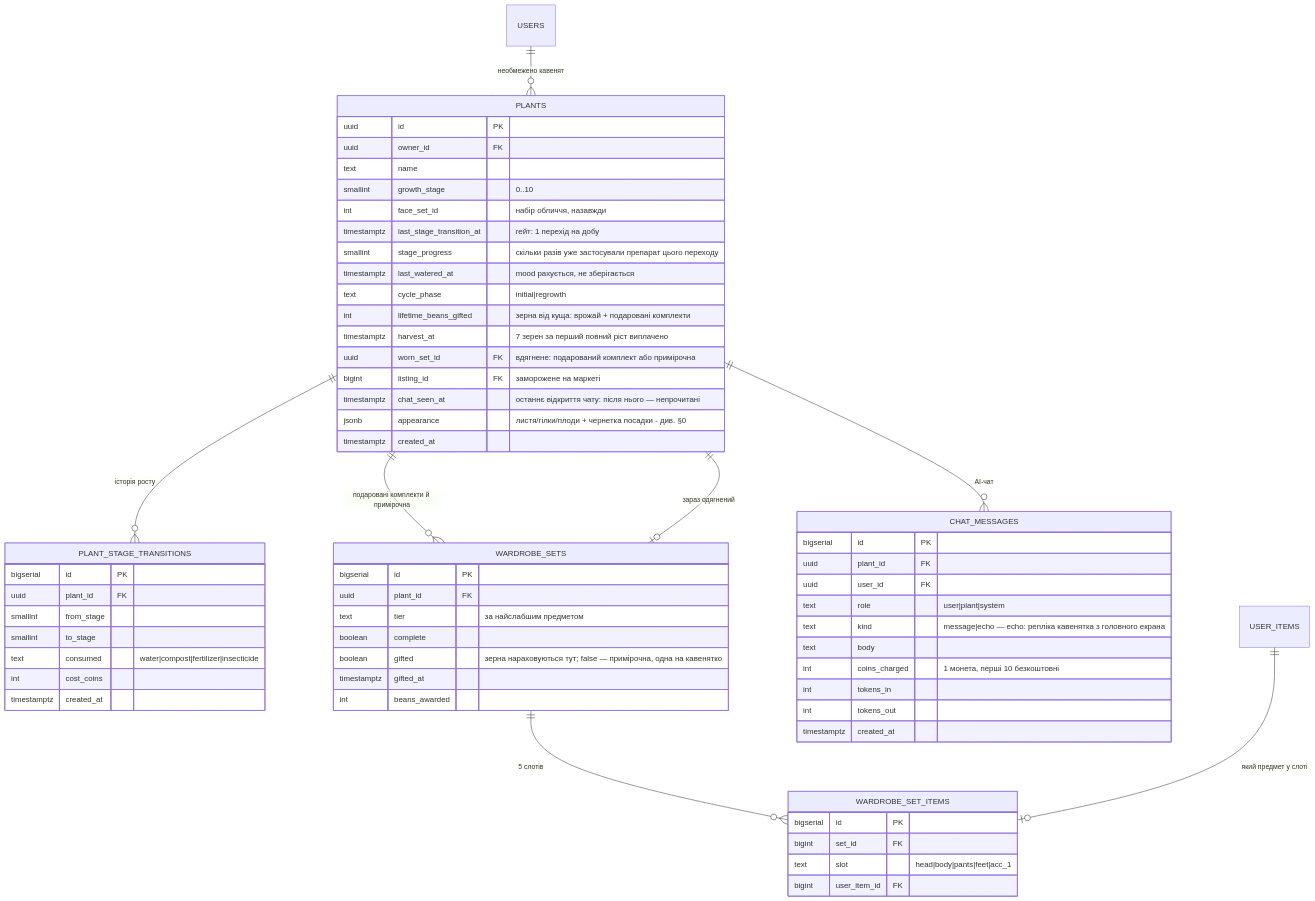
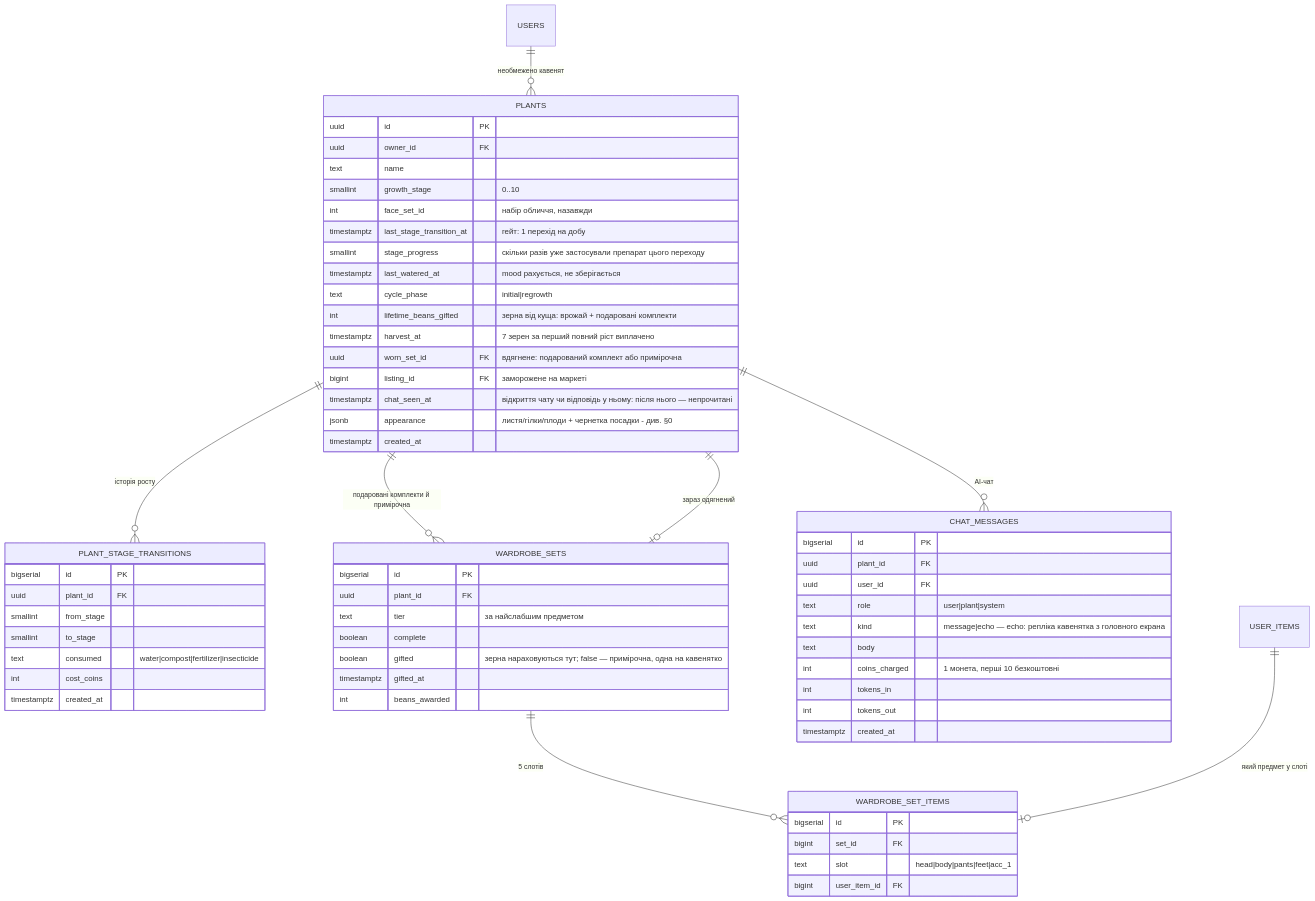
One commit to arsengoian/extrovert.cafe changed the third of 4 diagrams in docs/db-schema.md. Above: the diagram before and after it, drawn with Mermaid. The commit also changed 30 other files, not shown here.

````diff
--- a/docs/db-schema.md
+++ b/docs/db-schema.md
@@ -631,65 +631,65 @@
 ```mermaid
 erDiagram
     USERS ||--o{ PLANTS : "необмежено кавенят"
     PLANTS ||--o{ PLANT_STAGE_TRANSITIONS : "історія росту"
     PLANTS ||--o{ WARDROBE_SETS : "подаровані комплекти й примірочна"
     PLANTS ||--o{ CHAT_MESSAGES : "AI-чат"
     WARDROBE_SETS ||--o{ WARDROBE_SET_ITEMS : "5 слотів"
     USER_ITEMS ||--o| WARDROBE_SET_ITEMS : "який предмет у слоті"
     PLANTS ||--o| WARDROBE_SETS : "зараз одягнений"
 
     PLANTS {
         uuid id PK
         uuid owner_id FK
         text name
         smallint growth_stage "0..10"
         int face_set_id "набір обличчя, назавжди"
         timestamptz last_stage_transition_at "гейт: 1 перехід на добу"
         smallint stage_progress "скільки разів уже застосували препарат цього переходу"
         timestamptz last_watered_at "mood рахується, не зберігається"
         text cycle_phase "initial|regrowth"
         int lifetime_beans_gifted "зерна від куща: врожай + подаровані комплекти"
         timestamptz harvest_at "7 зерен за перший повний ріст виплачено"
         uuid worn_set_id FK "вдягнене: подарований комплект або примірочна"
         bigint listing_id FK "заморожене на маркеті"
-        timestamptz chat_seen_at "останнє відкриття чату: після нього — непрочитані"
+        timestamptz chat_seen_at "відкриття чату чи відповідь у ньому: після нього — непрочитані"
         jsonb appearance "листя/гілки/плоди + чернетка посадки - див. §0"
         timestamptz created_at
     }
     PLANT_STAGE_TRANSITIONS {
         bigserial id PK
         uuid plant_id FK
         smallint from_stage
         smallint to_stage
         text consumed "water|compost|fertilizer|insecticide"
         int cost_coins
         timestamptz created_at
     }
     WARDROBE_SETS {
         bigserial id PK
         uuid plant_id FK
         text tier "за найслабшим предметом"
         boolean complete
         boolean gifted "зерна нараховуються тут; false — примірочна, одна на кавенятко"
         timestamptz gifted_at
         int beans_awarded
     }
     WARDROBE_SET_ITEMS {
         bigserial id PK
         bigint set_id FK
         text slot "head|body|pants|feet|acc_1"
         bigint user_item_id FK
     }
     CHAT_MESSAGES {
         bigserial id PK
         uuid plant_id FK
         uuid user_id FK
         text role "user|plant|system"
         text kind "message|echo — echo: репліка кавенятка з головного екрана"
         text body
         int coins_charged "1 монета, перші 10 безкоштовні"
         int tokens_in
         int tokens_out
         timestamptz created_at
     }
 ```
````
